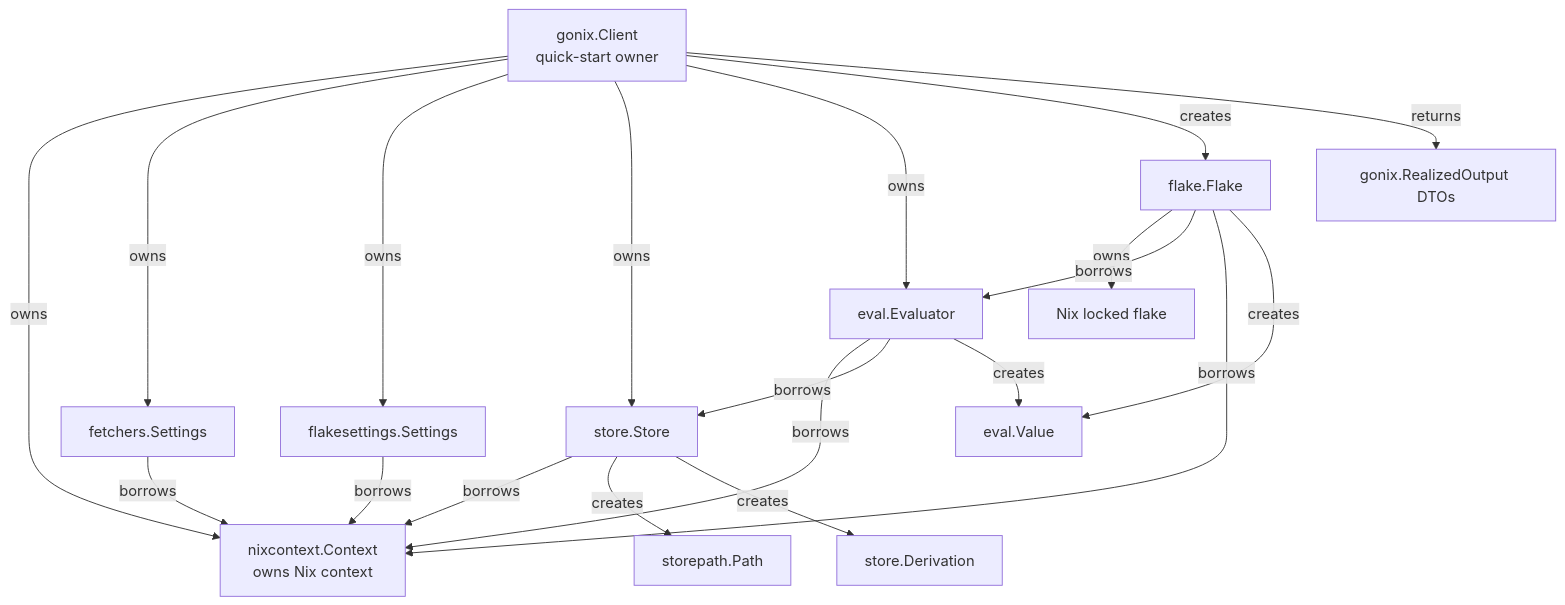
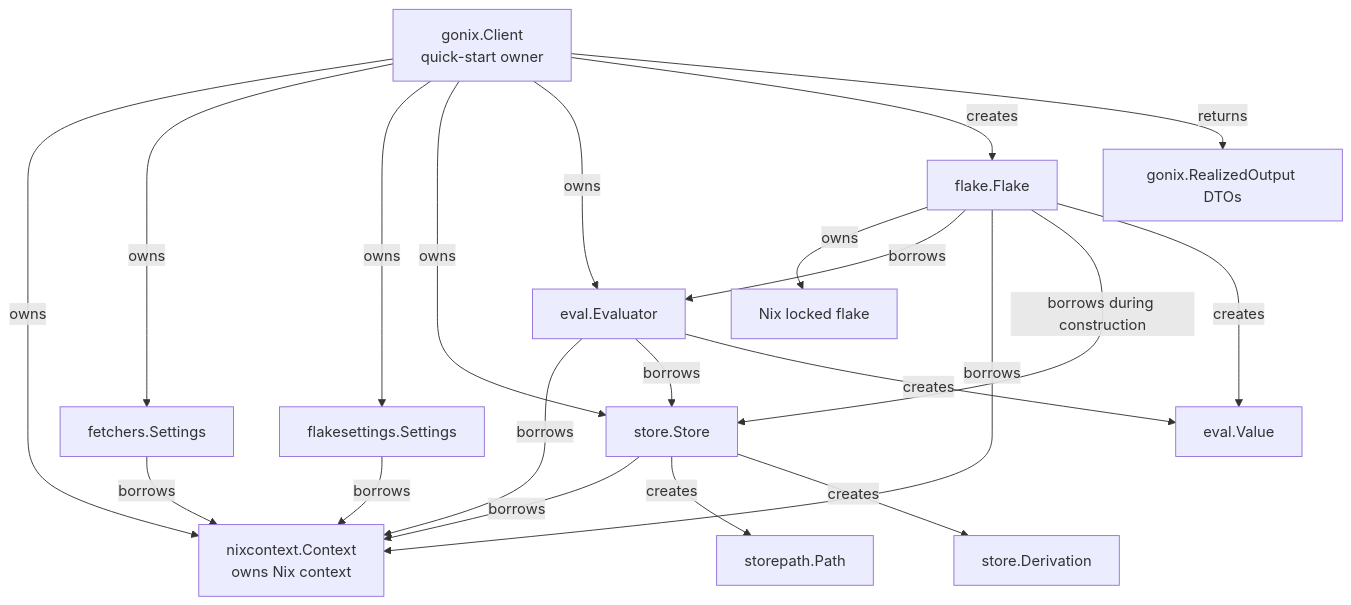
One commit to sund3RRR/gonix changed the diagram in docs/architecture.md. Above: the diagram before and after it, drawn with Mermaid. The commit also changed other lines of this file and 10 other files, not shown here.

````diff
--- a/docs/architecture.md
+++ b/docs/architecture.md
@@ -180,38 +187,39 @@
 ```mermaid
 flowchart TD
     Context["nixcontext.Context\nowns Nix context"]
     Client["gonix.Client\nquick-start owner"]
     Fetchers["fetchers.Settings"]
     FlakeSettings["flakesettings.Settings"]
     Store["store.Store"]
     Eval["eval.Evaluator"]
     Flake["flake.Flake"]
     LockedFlake["Nix locked flake"]
     Value["eval.Value"]
     Path["storepath.Path"]
     Derivation["store.Derivation"]
     Outputs["gonix.RealizedOutput DTOs"]
 
     Client -->|owns| Context
     Client -->|owns| Fetchers
     Client -->|owns| FlakeSettings
     Client -->|owns| Store
     Client -->|owns| Eval
     Client -->|creates| Flake
 
     Fetchers -->|borrows| Context
     FlakeSettings -->|borrows| Context
     Store -->|borrows| Context
     Eval -->|borrows| Context
     Eval -->|borrows| Store
 
     Flake -->|owns| LockedFlake
     Flake -->|borrows| Eval
     Flake -->|borrows| Context
+    Flake -->|borrows during construction| Store
     Flake -->|creates| Value
 
     Eval -->|creates| Value
     Store -->|creates| Path
     Store -->|creates| Derivation
     Client -->|returns| Outputs
 ```
````
